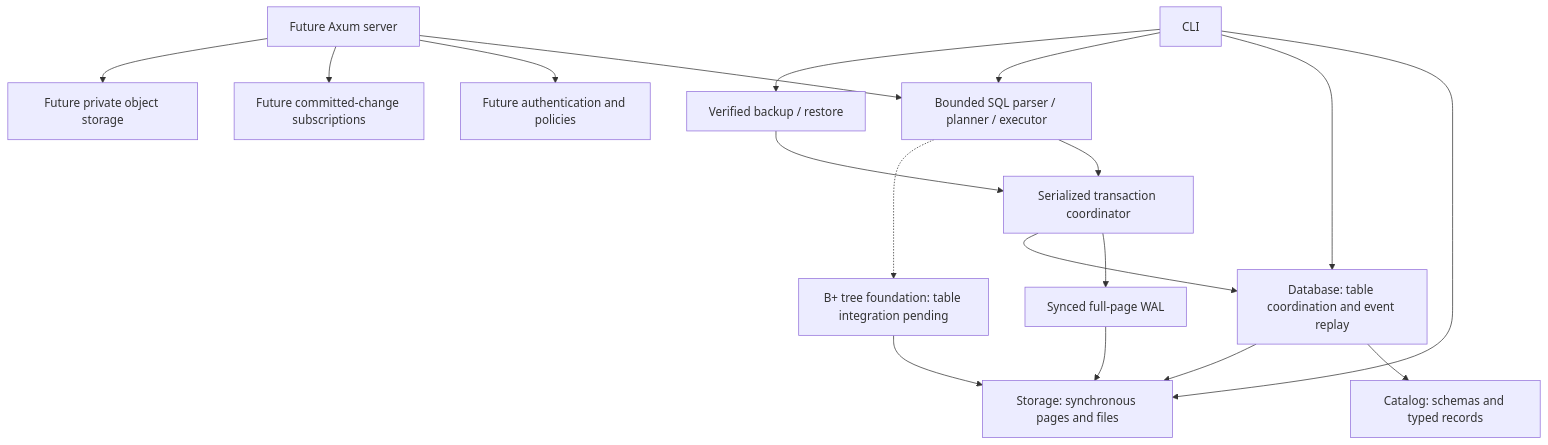
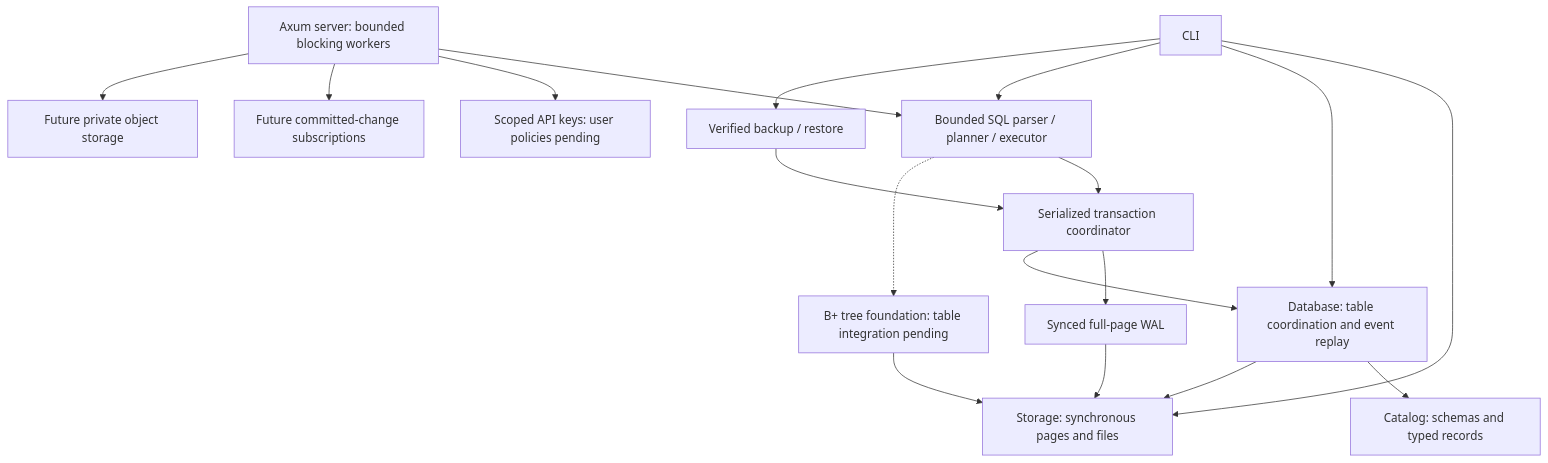
One commit to vantaeonx/EmilyBase changed the diagram in docs/architecture.md. Above: the diagram before and after it, drawn with Mermaid. The commit also changed other lines of this file and 16 other files, not shown here.

Commit message:
feat(server): expose bounded scoped REST API with graceful shutdown

````diff
--- a/docs/architecture.md
+++ b/docs/architecture.md
@@ -7,20 +7,20 @@
 ```mermaid
 flowchart TD
   CLI[CLI] --> Storage[Storage: synchronous pages and files]
   CLI --> Database[Database: table coordination and event replay]
   Database --> Catalog[Catalog: schemas and typed records]
   Database --> Storage
-  HTTP[Future Axum server] --> Query[Bounded SQL parser / planner / executor]
+  HTTP[Axum server: bounded blocking workers] --> Query[Bounded SQL parser / planner / executor]
   CLI --> Query
   Query --> Transactions[Serialized transaction coordinator]
   Transactions --> WAL[Synced full-page WAL]
   Transactions --> Database
   Query -.-> Index[B+ tree foundation: table integration pending]
   Index --> Storage
   WAL --> Storage
-  HTTP --> Auth[Future authentication and policies]
+  HTTP --> Auth[Scoped API keys: user policies pending]
   HTTP --> Realtime[Future committed-change subscriptions]
   HTTP --> Objects[Future private object storage]
   CLI --> Backup[Verified backup / restore]
   Backup --> Transactions
 ```
````
